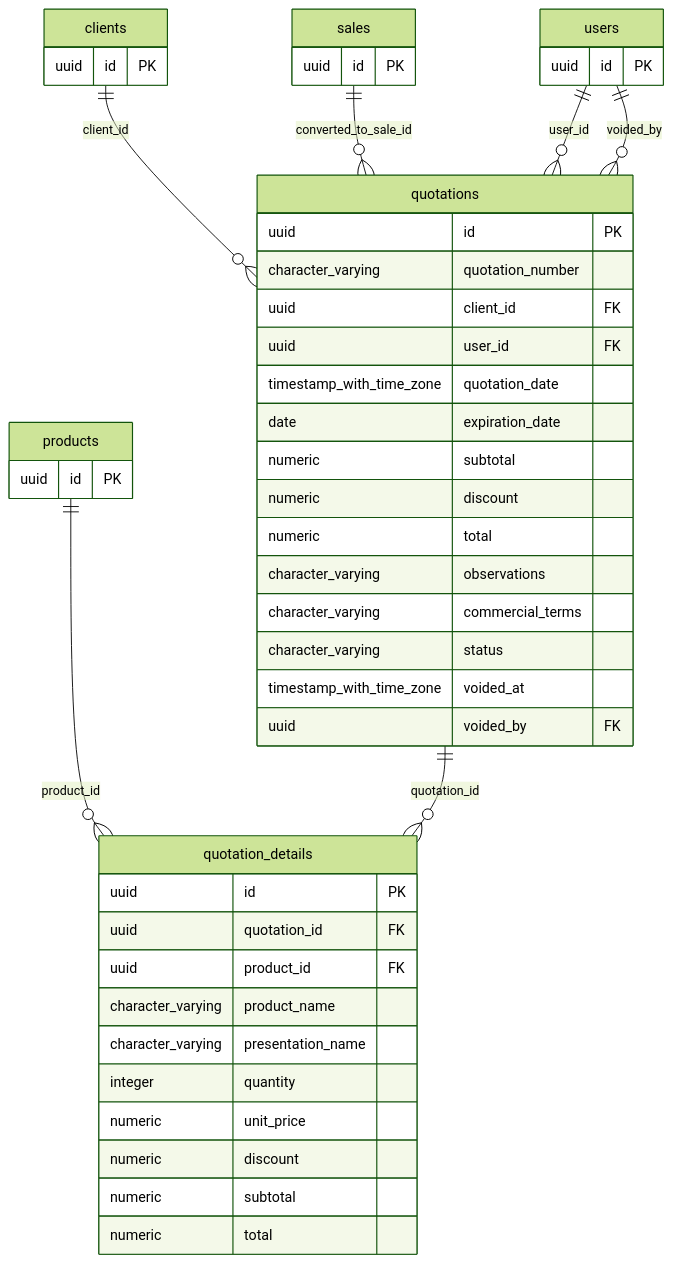
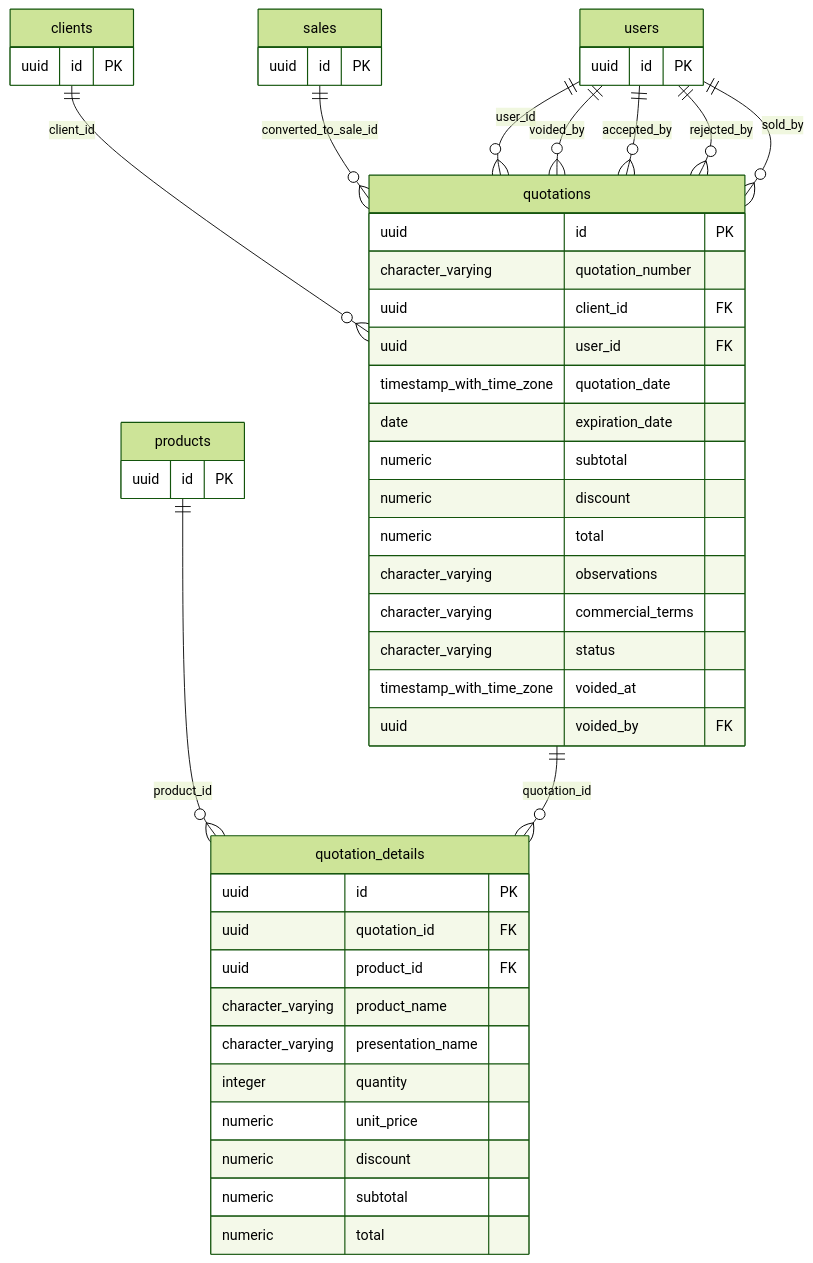
Before and after one commit to krezoiv/Comercial-Jhoel-Api: the diagram in docs/codebase-study/database/quotations.md, drawn with Mermaid (forest theme). The commit also changed other lines of this file and 179 other files, not shown here.

````diff
--- a/docs/codebase-study/database/quotations.md
+++ b/docs/codebase-study/database/quotations.md
@@ -5,49 +5,52 @@
 ```mermaid
 erDiagram
   quotation_details {
     uuid id PK
     uuid quotation_id FK
     uuid product_id FK
     character_varying product_name
     character_varying presentation_name
     integer quantity
     numeric unit_price
     numeric discount
     numeric subtotal
     numeric total
   }
   quotations {
     uuid id PK
     character_varying quotation_number
     uuid client_id FK
     uuid user_id FK
     timestamp_with_time_zone quotation_date
     date expiration_date
     numeric subtotal
     numeric discount
     numeric total
     character_varying observations
     character_varying commercial_terms
     character_varying status
     timestamp_with_time_zone voided_at
     uuid voided_by FK
   }
   products {
     uuid id PK
   }
   clients {
     uuid id PK
   }
   sales {
     uuid id PK
   }
   users {
     uuid id PK
   }
   products ||--o{ quotation_details : "product_id"
   quotations ||--o{ quotation_details : "quotation_id"
   clients ||--o{ quotations : "client_id"
   sales ||--o{ quotations : "converted_to_sale_id"
   users ||--o{ quotations : "user_id"
   users ||--o{ quotations : "voided_by"
+  users ||--o{ quotations : "accepted_by"
+  users ||--o{ quotations : "rejected_by"
+  users ||--o{ quotations : "sold_by"
 ```
````
